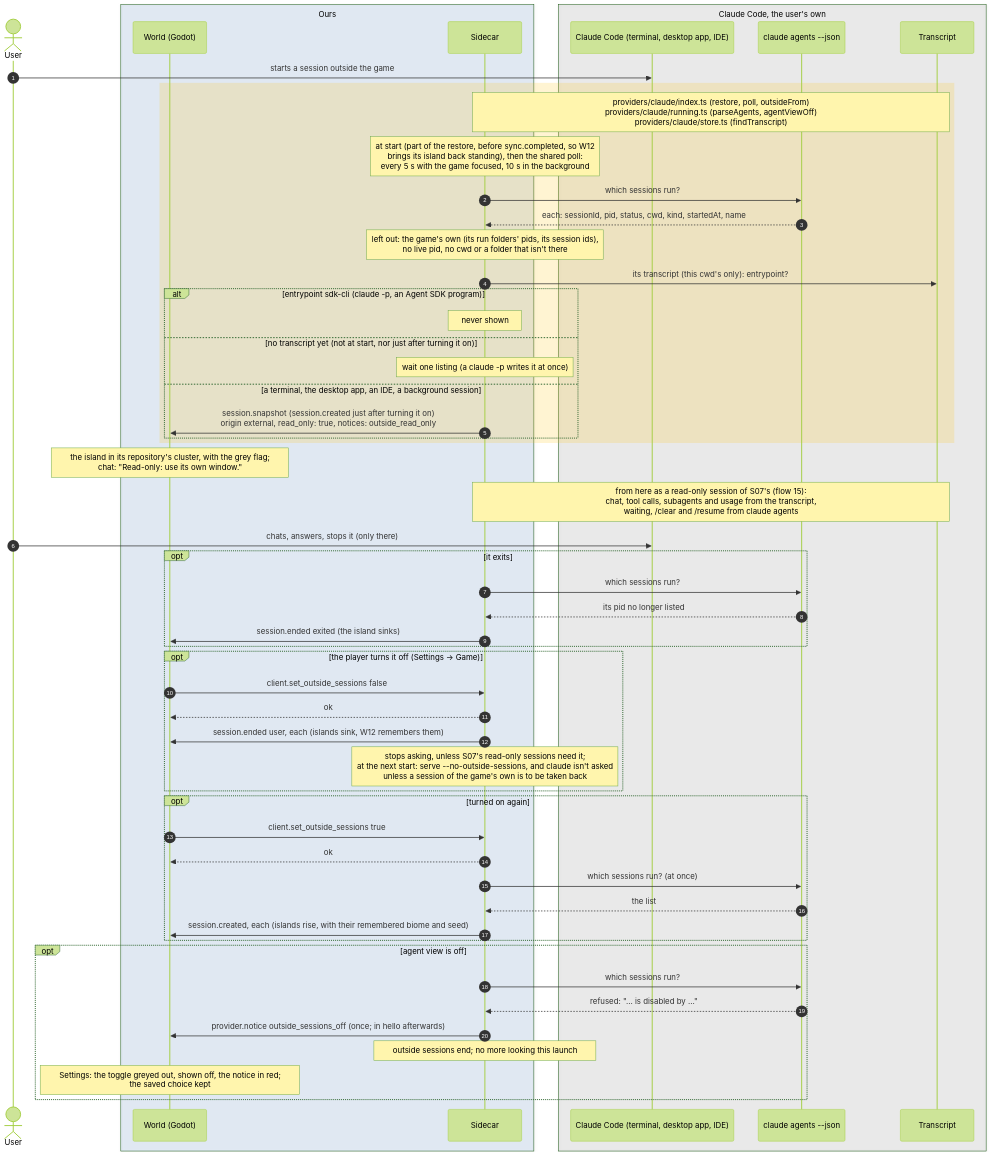
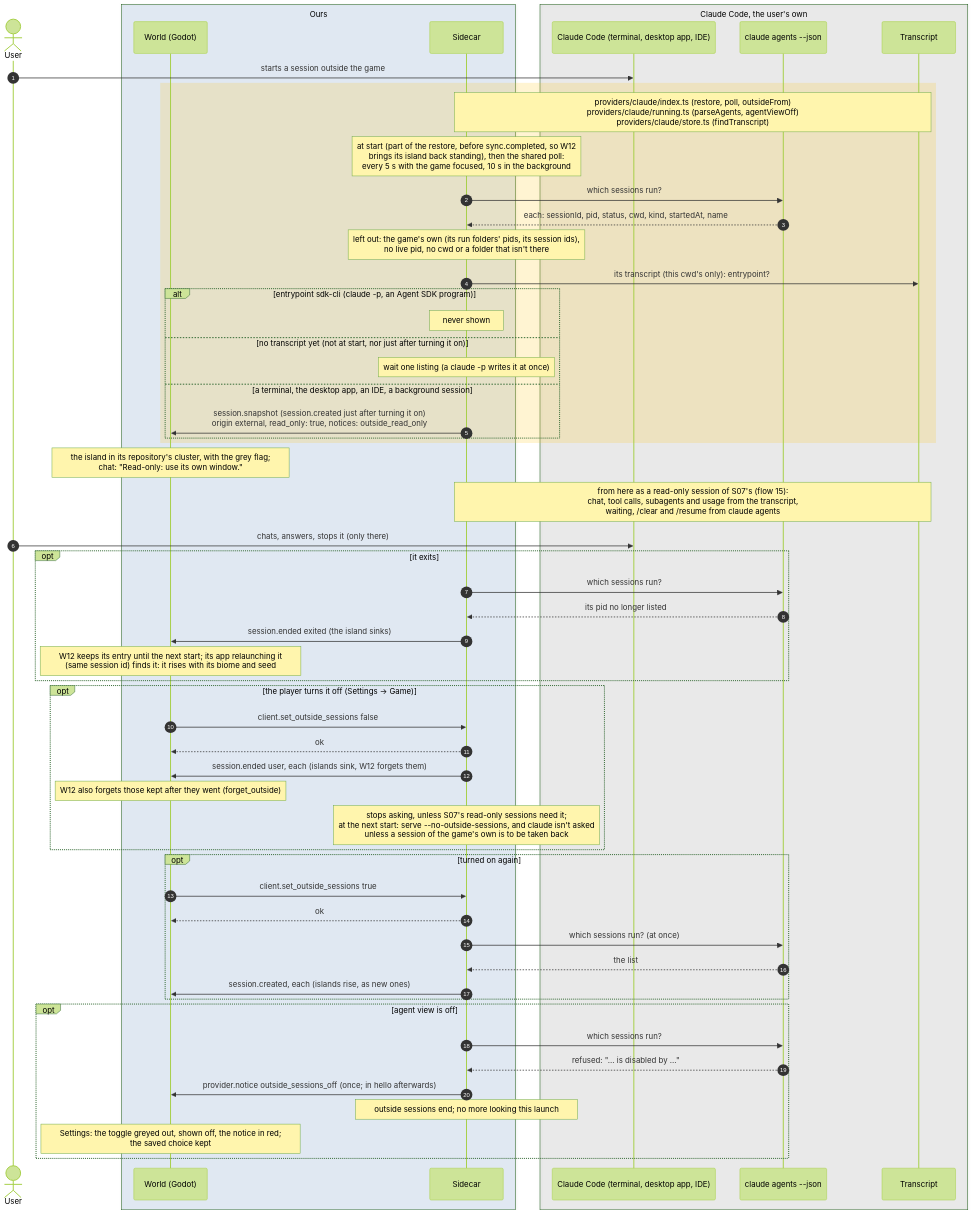
One commit to PaoloPortugal/The-Beach changed the diagram in docs/diagrams/sequence/16-outside-sessions.md. Above: the diagram before and after it, drawn with Mermaid (forest theme). The commit also changed other lines of this file and 13 other files, not shown here.

````diff
--- a/docs/diagrams/sequence/16-outside-sessions.md
+++ b/docs/diagrams/sequence/16-outside-sessions.md
@@ -7,61 +7,63 @@
 ```mermaid
 sequenceDiagram
     autonumber
     actor User
 
     box rgba(47,111,191,0.12) Ours
         participant World as World (Godot)
         participant Sidecar
     end
 
     box rgba(128,128,128,0.14) Claude Code, the user's own
         participant Claude as Claude Code (terminal, desktop app, IDE)
         participant Agents as claude agents --json
         participant Log as Transcript
     end
 
     User->>Claude: starts a session outside the game
     rect rgba(255,193,7,0.18)
         Note over Sidecar,Log: providers/claude/index.ts (restore, poll, outsideFrom)<br/>providers/claude/running.ts (parseAgents, agentViewOff)<br/>providers/claude/store.ts (findTranscript)
         Note over Sidecar: at start (part of the restore, before sync.completed, so W12<br/>brings its island back standing), then the shared poll:<br/>every 5 s with the game focused, 10 s in the background
         Sidecar->>Agents: which sessions run?
         Agents-->>Sidecar: each: sessionId, pid, status, cwd, kind, startedAt, name
         Note over Sidecar: left out: the game's own (its run folders' pids, its session ids),<br/>no live pid, no cwd or a folder that isn't there
         Sidecar->>Log: its transcript (this cwd's only): entrypoint?
         alt entrypoint sdk-cli (claude -p, an Agent SDK program)
             Note over Sidecar: never shown
         else no transcript yet (not at start, nor just after turning it on)
             Note over Sidecar: wait one listing (a claude -p writes it at once)
         else a terminal, the desktop app, an IDE, a background session
             Sidecar->>World: session.snapshot (session.created just after turning it on)<br/>origin external, read_only: true, notices: outside_read_only
         end
     end
     Note over World: the island in its repository's cluster, with the grey flag#59;<br/>chat: "Read-only: use its own window."
     Note over Sidecar,Log: from here as a read-only session of S07's (flow 15):<br/>chat, tool calls, subagents and usage from the transcript,<br/>waiting, /clear and /resume from claude agents
     User->>Claude: chats, answers, stops it (only there)
     opt it exits
         Sidecar->>Agents: which sessions run?
         Agents-->>Sidecar: its pid no longer listed
         Sidecar->>World: session.ended exited (the island sinks)
+        Note over World: W12 keeps its entry until the next start#59; its app relaunching it<br/>(same session id) finds it: it rises with its biome and seed
     end
     opt the player turns it off (Settings → Game)
         World->>Sidecar: client.set_outside_sessions false
         Sidecar-->>World: ok
-        Sidecar->>World: session.ended user, each (islands sink, W12 remembers them)
+        Sidecar->>World: session.ended user, each (islands sink, W12 forgets them)
+        Note over World: W12 also forgets those kept after they went (forget_outside)
         Note over Sidecar: stops asking, unless S07's read-only sessions need it#59;<br/>at the next start: serve --no-outside-sessions, and claude isn't asked<br/>unless a session of the game's own is to be taken back
     end
     opt turned on again
         World->>Sidecar: client.set_outside_sessions true
         Sidecar-->>World: ok
         Sidecar->>Agents: which sessions run? (at once)
         Agents-->>Sidecar: the list
-        Sidecar->>World: session.created, each (islands rise, with their remembered biome and seed)
+        Sidecar->>World: session.created, each (islands rise, as new ones)
     end
     opt agent view is off
         Sidecar->>Agents: which sessions run?
         Agents-->>Sidecar: refused: "… is disabled by …"
         Sidecar->>World: provider.notice outside_sessions_off (once#59; in hello afterwards)
         Note over Sidecar: outside sessions end#59; no more looking this launch
         Note over World: Settings: the toggle greyed out, shown off, the notice in red#59;<br/>the saved choice kept
     end
 ```
````
